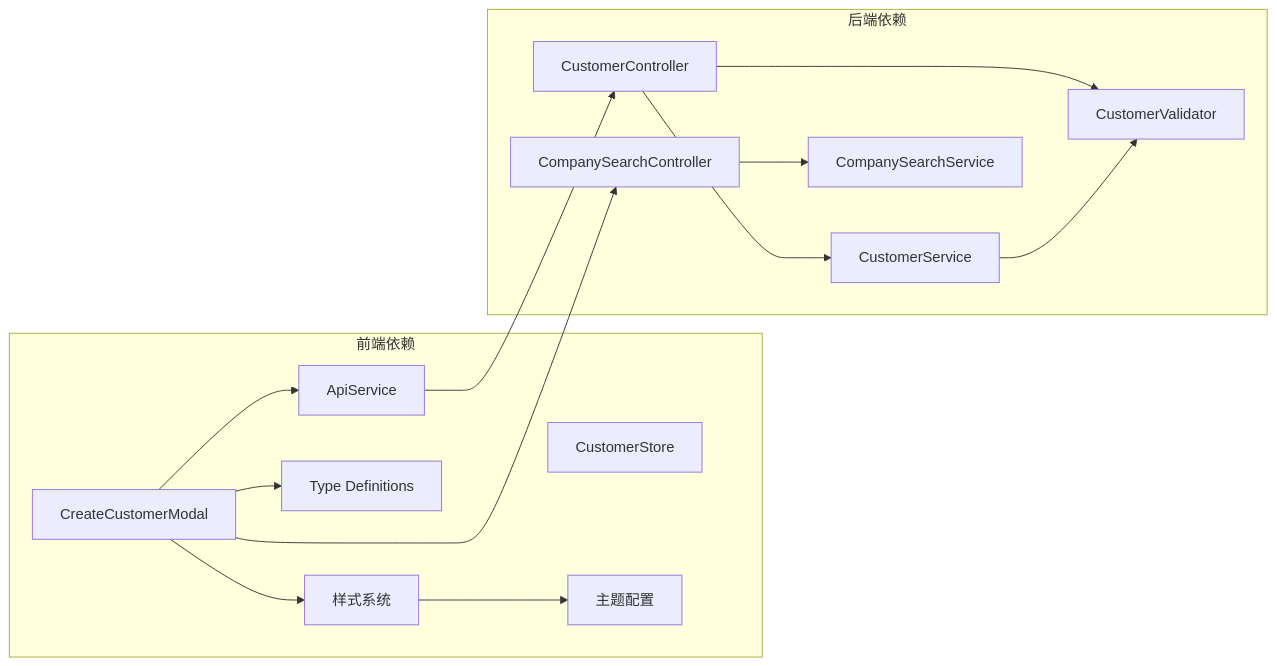
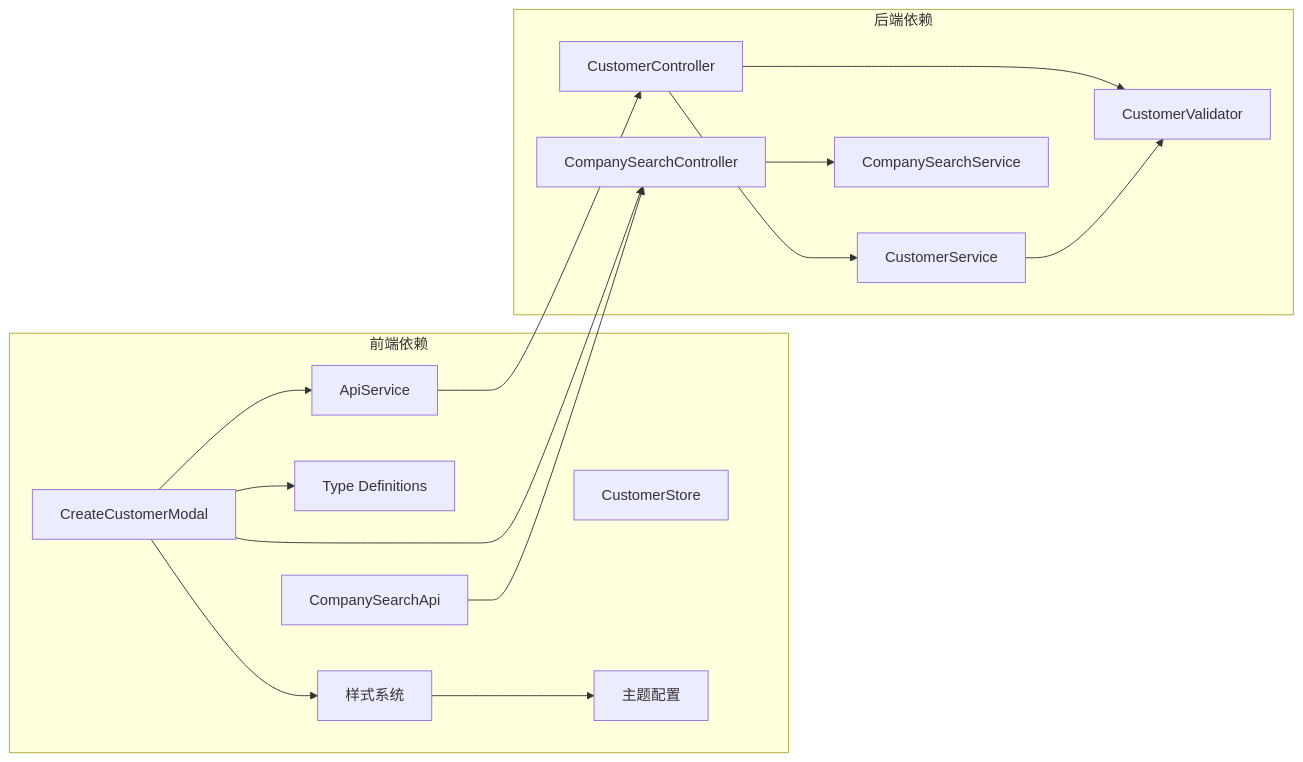
One commit to xianjianshenqu/SalesFlow-CRM changed diagram 12 of 12 in .qoder/repowiki/zh/content/核心组件/客户创建模态框增强功能.md. Above: the diagram before and after it, drawn with Mermaid. The commit also changed other lines of this file and 30 other files, not shown here.

````diff
--- a/.qoder/repowiki/zh/content/核心组件/客户创建模态框增强功能.md
+++ b/.qoder/repowiki/zh/content/核心组件/客户创建模态框增强功能.md
@@ -452,28 +569,30 @@
 ```mermaid
 graph LR
 subgraph "前端依赖"
 CreateModal[CreateCustomerModal]
 ApiService[ApiService]
 CustomerStore[CustomerStore]
 TypeDefs[Type Definitions]
 Styles[样式系统]
 Theme[主题配置]
+CompanySearchApi[CompanySearchApi]
 end
 subgraph "后端依赖"
 CustomerController[CustomerController]
 CustomerService[CustomerService]
 CompanySearchController[CompanySearchController]
 CompanySearchService[CompanySearchService]
 CustomerValidator[CustomerValidator]
 end
 CreateModal --> ApiService
 CreateModal --> TypeDefs
 CreateModal --> Styles
 Styles --> Theme
 ApiService --> CustomerController
 CustomerController --> CustomerService
 CustomerController --> CustomerValidator
 CreateModal --> CompanySearchController
 CompanySearchController --> CompanySearchService
 CustomerService --> CustomerValidator
+CompanySearchApi --> CompanySearchController
 ```
````
